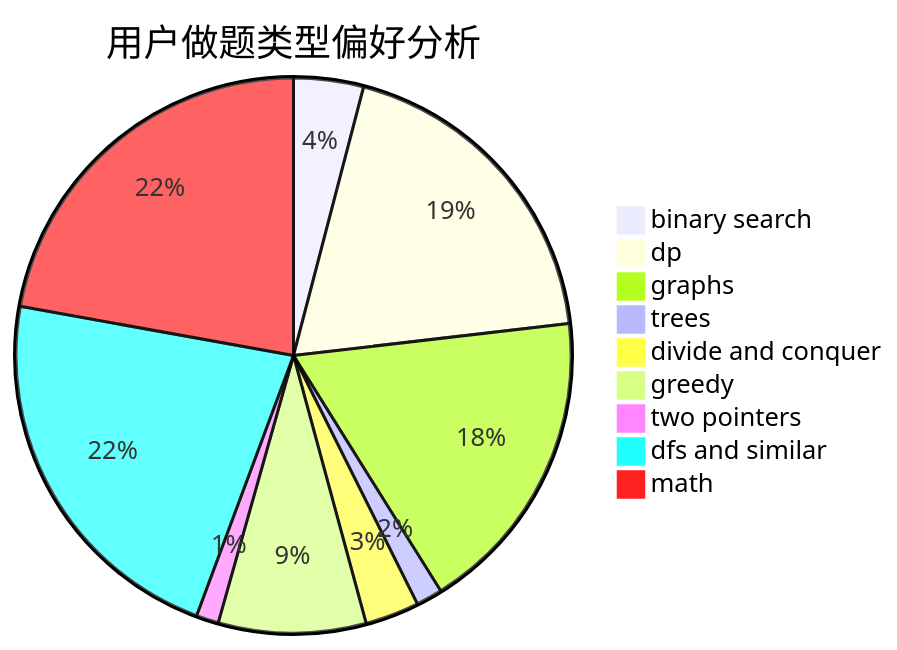
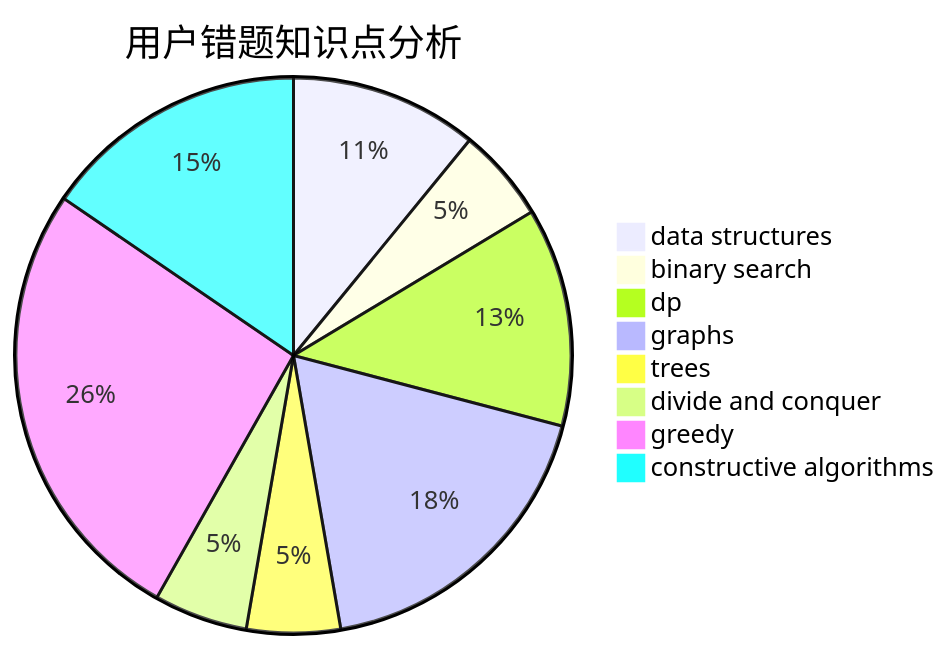
One commit to sherpahu/cfrs.github.io changed the third of 3 diagrams in docs/user/u1700.md. Above: the diagram before and after it, drawn with Mermaid. The commit also changed other lines of this file and 2775 other files, not shown here.

````diff
--- a/docs/user/u1700.md
+++ b/docs/user/u1700.md
@@ -23,12 +36,11 @@
 ```mermaid
-pie title 用户做题类型偏好分析
-    "binary search" :  53
-    "dp" :  249
-    "graphs" :  234
-    "trees" :  20
-    "divide and conquer" :  41
-    "greedy" :  112
-    "two pointers" :  17
-    "dfs and similar" :  289
-    "math" :  289
+pie title 用户错题知识点分析
+    "data structures" :  12
+    "binary search" :  6
+    "dp" :  14
+    "graphs" :  20
+    "trees" :  6
+    "divide and conquer" :  6
+    "greedy" :  29
+    "constructive algorithms" :  17
 ```
````
